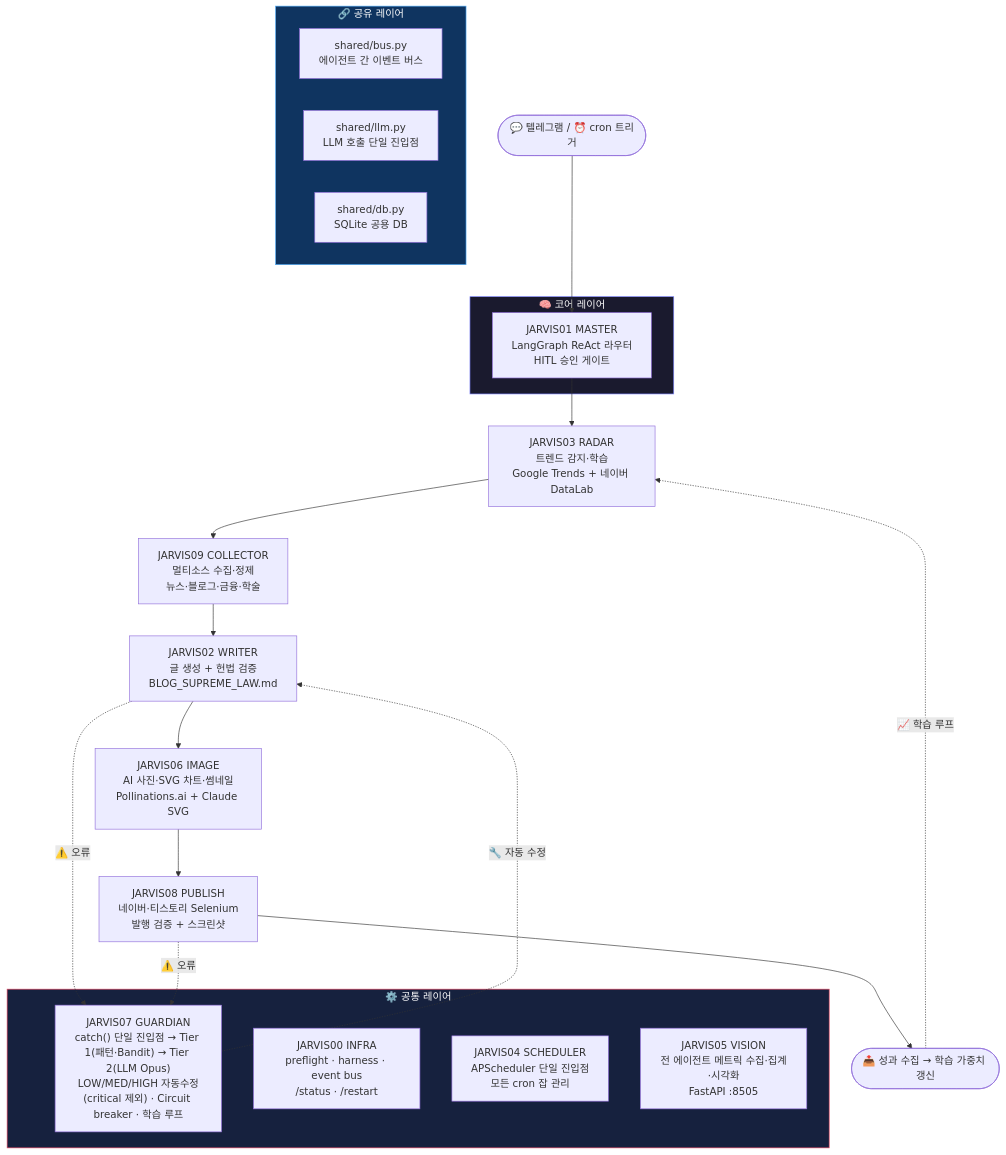
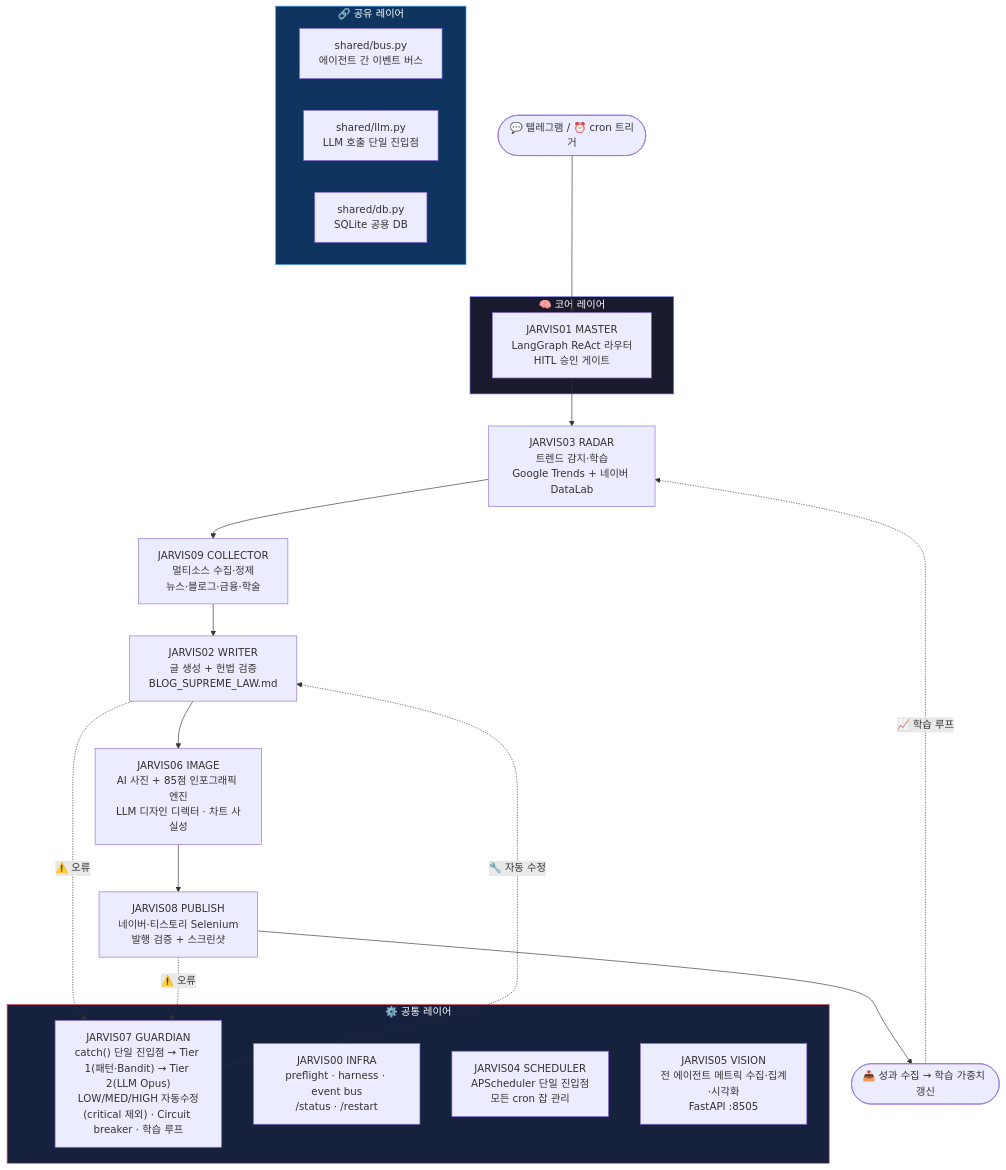
One commit to youandi3535/jarvis-agent changed the first of 3 diagrams in README.md. Above: the diagram before and after it, drawn with Mermaid. The commit also changed other lines of this file and 17 other files, not shown here.

````diff
--- a/README.md
+++ b/README.md
@@ -97,37 +109,37 @@
 ```mermaid
 flowchart TD
     A(["💬 텔레그램 / ⏰ cron 트리거"]) --> B
 
     subgraph CORE["🧠 코어 레이어"]
         B["JARVIS01 MASTER\nLangGraph ReAct 라우터\nHITL 승인 게이트"]
     end
 
     B --> C["JARVIS03 RADAR\n트렌드 감지·학습\nGoogle Trends + 네이버 DataLab"]
     C --> D["JARVIS09 COLLECTOR\n멀티소스 수집·정제\n뉴스·블로그·금융·학술"]
     D --> E["JARVIS02 WRITER\n글 생성 + 헌법 검증\nBLOG_SUPREME_LAW.md"]
-    E --> F["JARVIS06 IMAGE\nAI 사진·SVG 차트·썸네일\nPollinations.ai + Claude SVG"]
+    E --> F["JARVIS06 IMAGE\nAI 사진 + 85점 인포그래픽 엔진\nLLM 디자인 디렉터 · 차트 사실성"]
     F --> G["JARVIS08 PUBLISH\n네이버·티스토리 Selenium\n발행 검증 + 스크린샷"]
     G --> H(["📤 성과 수집 → 학습 가중치 갱신"])
     H -. "📈 학습 루프" .-> C
 
     subgraph COMMON["⚙️ 공통 레이어"]
         I["JARVIS07 GUARDIAN\ncatch() 단일 진입점 → Tier 1(패턴·Bandit) → Tier 2(LLM Opus)\nLOW/MED/HIGH 자동수정(critical 제외) · Circuit breaker · 학습 루프"]
         J["JARVIS00 INFRA\npreflight · harness · event bus\n/status · /restart"]
         K["JARVIS04 SCHEDULER\nAPScheduler 단일 진입점\n모든 cron 잡 관리"]
         O["JARVIS05 VISION\n전 에이전트 메트릭 수집·집계·시각화\nFastAPI :8505"]
     end
 
     E -. "⚠️ 오류" .-> I
     G -. "⚠️ 오류" .-> I
     I -. "🔧 자동 수정" .-> E
 
     subgraph SHARED["🔗 공유 레이어"]
         L["shared/bus.py\n에이전트 간 이벤트 버스"]
         M["shared/llm.py\nLLM 호출 단일 진입점"]
         N["shared/db.py\nSQLite 공용 DB"]
     end
 
     style CORE fill:#1a1a2e,stroke:#7c83fd,color:#fff
     style COMMON fill:#16213e,stroke:#e94560,color:#fff
     style SHARED fill:#0f3460,stroke:#4dabf7,color:#fff
 ```
````
